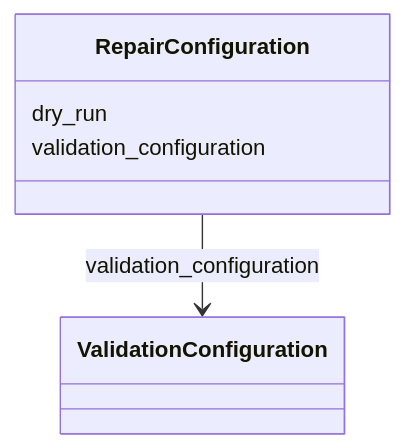
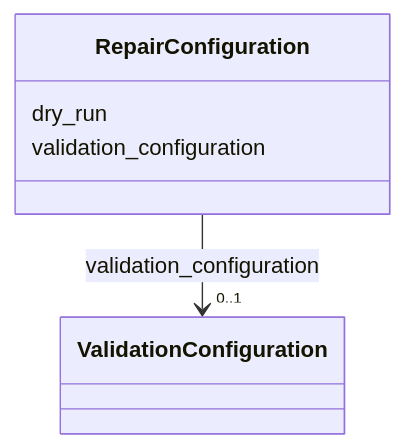
The diagram in validation/RepairConfiguration.md (INCATools/ontology-access-kit), drawn with Mermaid before and after one commit. The commit also changed other lines of this file and 3329 other files, not shown here.

````diff
--- a/validation/RepairConfiguration.md
+++ b/validation/RepairConfiguration.md
@@ -17,11 +19,17 @@
 ```{mermaid}
  classDiagram
     class RepairConfiguration
+    click RepairConfiguration href "../RepairConfiguration"
       RepairConfiguration : dry_run
         
       RepairConfiguration : validation_configuration
         
-          RepairConfiguration --> ValidationConfiguration : validation_configuration
+          
+    
+    
+    RepairConfiguration --> "0..1" ValidationConfiguration : validation_configuration
+    click ValidationConfiguration href "../ValidationConfiguration"
+
         
       
 ```
````
